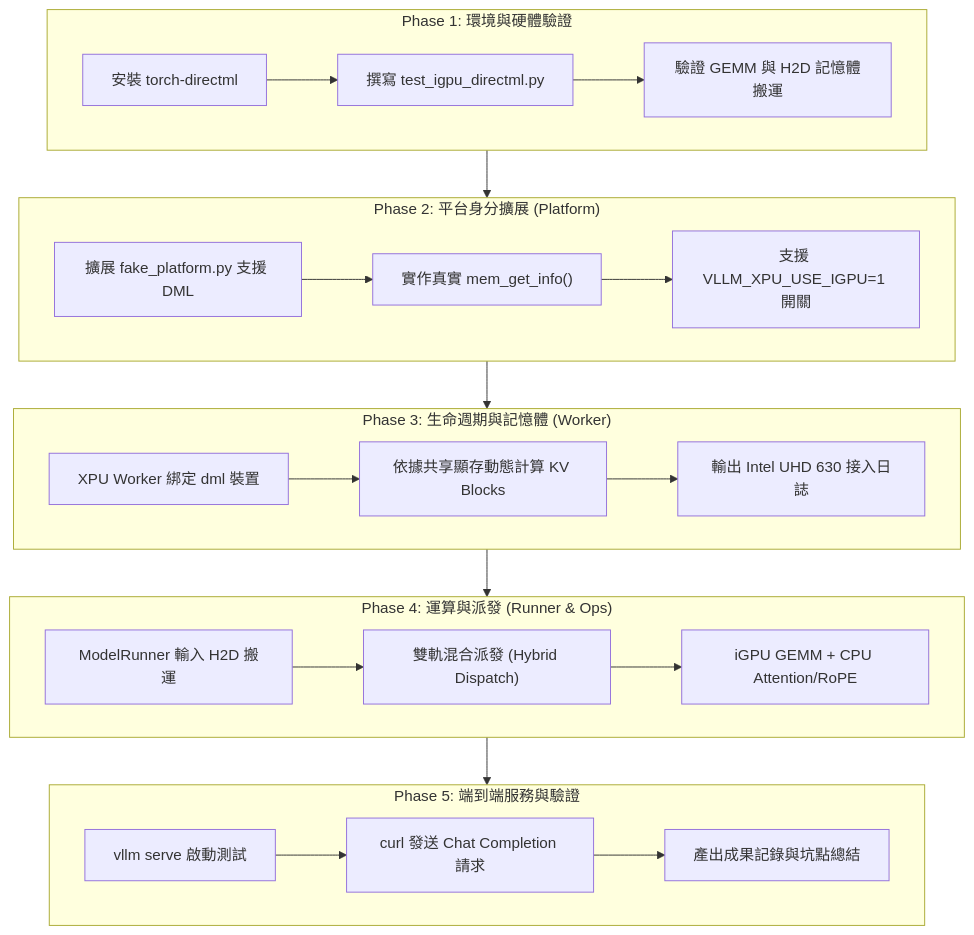
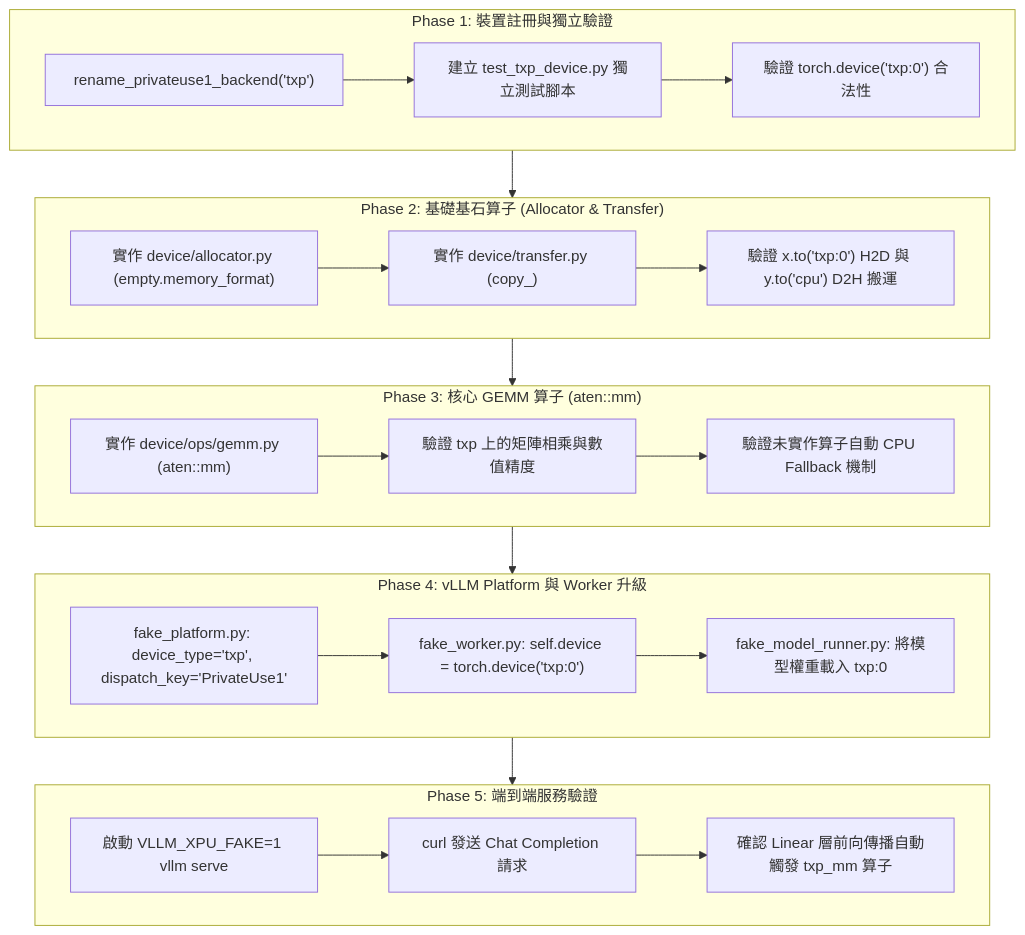
Before and after one commit to keyword1983/vllm-xpu-minimal: the diagram in TODO.md, drawn with Mermaid. The commit also changed other lines of this file and 1 other file, not shown here.

Commit message:
docs: update TODO with PrivateUse1 architecture and add initial test script

````diff
--- a/TODO.md
+++ b/TODO.md
@@ -18,29 +18,29 @@
 ```mermaid
 flowchart TD
-    subgraph Phase1 ["Phase 1: 環境與硬體驗證"]
-        A1["安裝 torch-directml"] --> A2["撰寫 test_igpu_directml.py"]
-        A2 --> A3["驗證 GEMM 與 H2D 記憶體搬運"]
+    subgraph Phase1 ["Phase 1: 裝置註冊與獨立驗證"]
+        A1["rename_privateuse1_backend('txp')"] --> A2["建立 test_txp_device.py 獨立測試腳本"]
+        A2 --> A3["驗證 torch.device('txp:0') 合法性"]
     end
 
-    subgraph Phase2 ["Phase 2: 平台身分擴展 (Platform)"]
-        B1["擴展 fake_platform.py 支援 DML"] --> B2["實作真實 mem_get_info()"]
-        B2 --> B3["支援 VLLM_XPU_USE_IGPU=1 開關"]
+    subgraph Phase2 ["Phase 2: 基礎基石算子 (Allocator & Transfer)"]
+        B1["實作 device/allocator.py (empty.memory_format)"] --> B2["實作 device/transfer.py (copy_)"]
+        B2 --> B3["驗證 x.to('txp:0') H2D 與 y.to('cpu') D2H 搬運"]
     end
 
-    subgraph Phase3 ["Phase 3: 生命週期與記憶體 (Worker)"]
-        C1["XPU Worker 綁定 dml 裝置"] --> C2["依據共享顯存動態計算 KV Blocks"]
-        C2 --> C3["輸出 Intel UHD 630 接入日誌"]
+    subgraph Phase3 ["Phase 3: 核心 GEMM 算子 (aten::mm)"]
+        C1["實作 device/ops/gemm.py (aten::mm)"] --> C2["驗證 txp 上的矩陣相乘與數值精度"]
+        C2 --> C3["驗證未實作算子自動 CPU Fallback 機制"]
     end
 
-    subgraph Phase4 ["Phase 4: 運算與派發 (Runner & Ops)"]
-        D1["ModelRunner 輸入 H2D 搬運"] --> D2["雙軌混合派發 (Hybrid Dispatch)"]
-        D2 --> D3["iGPU GEMM + CPU Attention/RoPE"]
+    subgraph Phase4 ["Phase 4: vLLM Platform 與 Worker 升級"]
+        D1["fake_platform.py: device_type='txp', dispatch_key='PrivateUse1'"] --> D2["fake_worker.py: self.device = torch.device('txp:0')"]
+        D2 --> D3["fake_model_runner.py: 將模型權重載入 txp:0"]
     end
 
-    subgraph Phase5 ["Phase 5: 端到端服務與驗證"]
-        E1["vllm serve 啟動測試"] --> E2["curl 發送 Chat Completion 請求"]
-        E2 --> E3["產出成果記錄與坑點總結"]
+    subgraph Phase5 ["Phase 5: 端到端服務驗證"]
+        E1["啟動 VLLM_XPU_FAKE=1 vllm serve"] --> E2["curl 發送 Chat Completion 請求"]
+        E2 --> E3["確認 Linear 層前向傳播自動觸發 txp_mm 算子"]
     end
 
     Phase1 --> Phase2 --> Phase3 --> Phase4 --> Phase5
 ```
````
